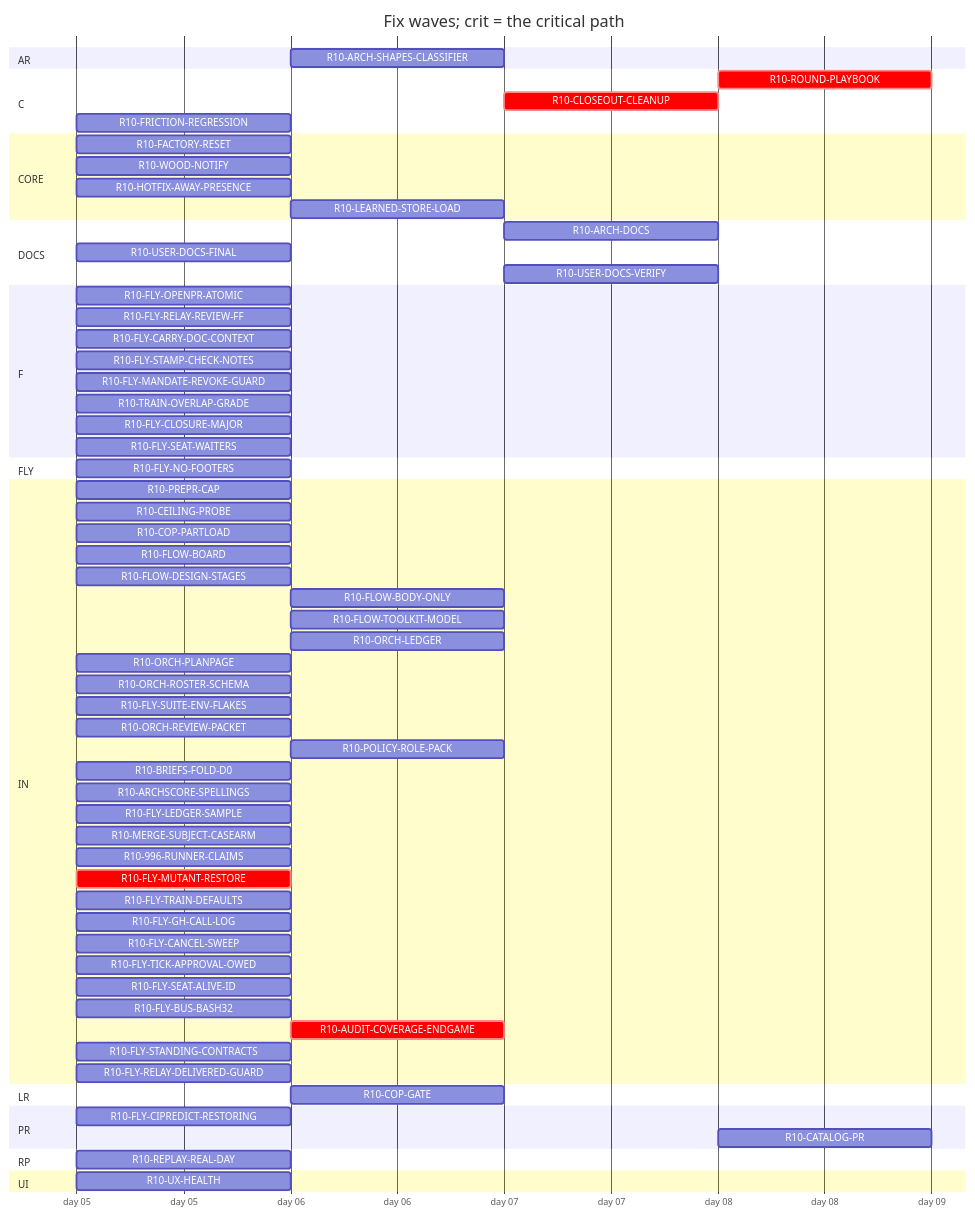
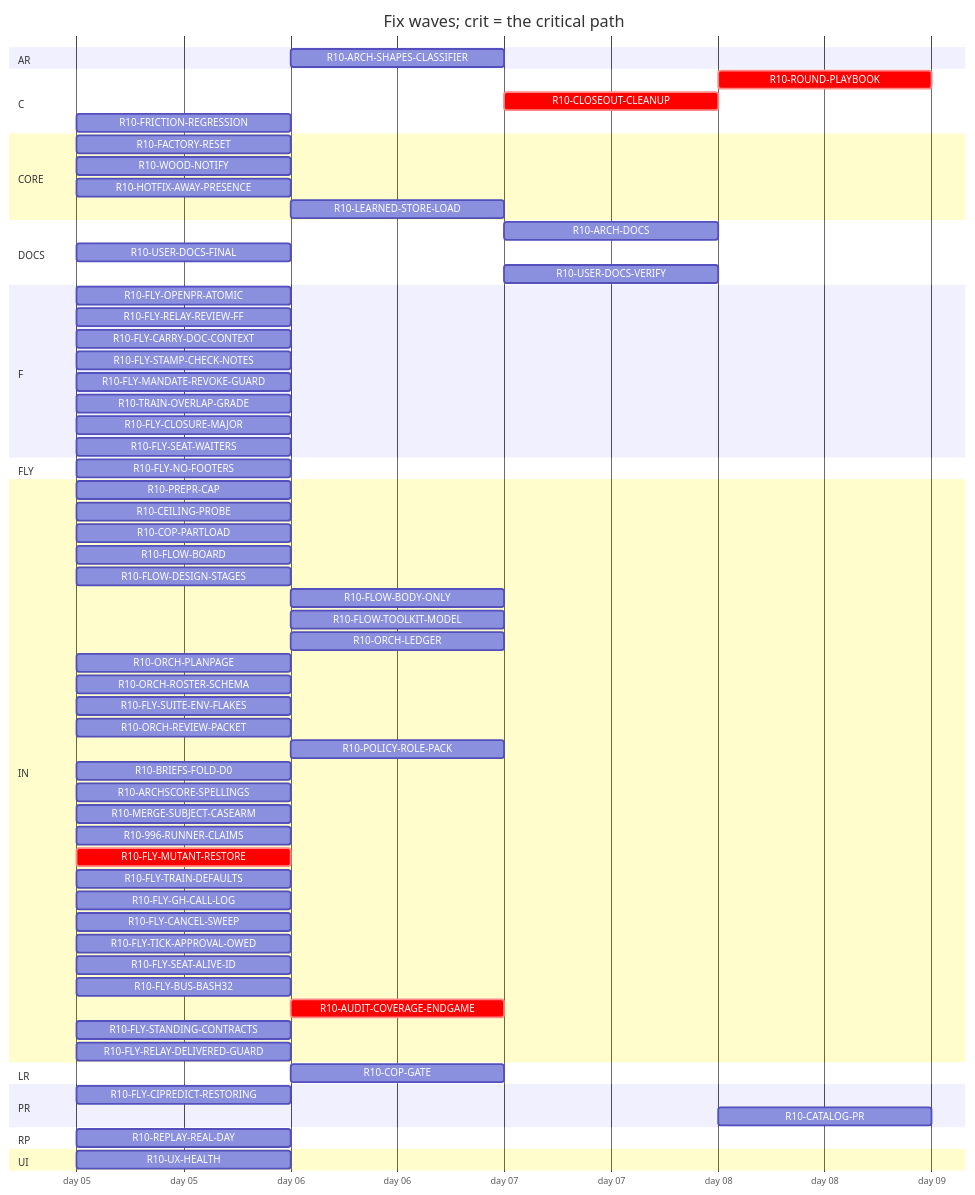
One commit to tvofi/heatpump_optimizer changed the diagram in handoff/round10/state/PLAN-TABLE.md. Above: the diagram before and after it, drawn with Mermaid. The commit also changed other lines of this file and 3 other files, not shown here.

Commit message:
state: FLOW-BOARD.md, NEXT-SESSION-PROMPT.md, PLAN-TABLE.md, RESUME-CURRENT.md regenerated (state_docs.py)

````diff
--- a/handoff/round10/state/PLAN-TABLE.md
+++ b/handoff/round10/state/PLAN-TABLE.md
@@ -24,70 +24,69 @@
 ```mermaid
 gantt
   title Fix waves; crit = the critical path
   dateFormat YYYY-MM-DD
   axisFormat day %d
   section AR
     R10-ARCH-SHAPES-CLASSIFIER :r10ARCHSHAPESCLASSIFIER, after r10996RUNNERCLAIMS, 1d
   section C
     R10-ROUND-PLAYBOOK :crit, r10ROUNDPLAYBOOK, after r10ORCHLEDGER r10ORCHPLANPAGE r10FLYRELAYREVIEWFF r10FLOWBODYONLY r10AUDITCOVERAGEENDGAME r10FLOWDESIGNSTAGES r10ORCHROSTERSCHEMA r10FLOWTOOLKITMODEL r10TRAINOVERLAPGRADE r10FLYTRAINDEFAULTS r10FLYCANCELSWEEP r10POLICYROLEPACK r10ORCHREVIEWPACKET r10FLOWBOARD r10CLOSEOUTCLEANUP, 1d
     R10-CLOSEOUT-CLEANUP :crit, r10CLOSEOUTCLEANUP, after r10AUDITCOVERAGEENDGAME, 1d
     R10-FRICTION-REGRESSION :r10FRICTIONREGRESSION, 2026-01-05, 1d
   section CORE
     R10-FACTORY-RESET :r10FACTORYRESET, 2026-01-05, 1d
     R10-WOOD-NOTIFY :r10WOODNOTIFY, 2026-01-05, 1d
     R10-HOTFIX-AWAY-PRESENCE :r10HOTFIXAWAYPRESENCE, 2026-01-05, 1d
     R10-LEARNED-STORE-LOAD :r10LEARNEDSTORELOAD, after r10FACTORYRESET, 1d
   section DOCS
-    R10-ARCH-DOCS :r10ARCHDOCS, after r10COPGATE r10UXHEALTH r10CEILINGPROBE r10COPPARTLOAD r10FLOWBOARD r10FLOWDESIGNSTAGES r10FLOWBODYONLY r10FLYOPENPRATOMIC r10FLYRELAYREVIEWFF r10FLYCARRYDOCCONTEXT r10FLOWTOOLKITMODEL r10FLYSTAMPCHECKNOTES r10FLYMANDATEREVOKEGUARD r10TRAINOVERLAPGRADE r10FLYSUITEENVFLAKES r10ORCHLEDGER r10ORCHPLANPAGE r10ORCHROSTERSCHEMA r10ORCHREVIEWPACKET r10POLICYROLEPACK r10BRIEFSFOLDD0 r10REPLAYREALDAY r10ARCHSCORESPELLINGS r10FLYLEDGERSAMPLE, 1d
+    R10-ARCH-DOCS :r10ARCHDOCS, after r10COPGATE r10UXHEALTH r10CEILINGPROBE r10COPPARTLOAD r10FLOWBOARD r10FLOWDESIGNSTAGES r10FLOWBODYONLY r10FLYOPENPRATOMIC r10FLYRELAYREVIEWFF r10FLYCARRYDOCCONTEXT r10FLOWTOOLKITMODEL r10FLYSTAMPCHECKNOTES r10FLYMANDATEREVOKEGUARD r10TRAINOVERLAPGRADE r10FLYSUITEENVFLAKES r10ORCHLEDGER r10ORCHPLANPAGE r10ORCHROSTERSCHEMA r10ORCHREVIEWPACKET r10POLICYROLEPACK r10BRIEFSFOLDD0 r10REPLAYREALDAY r10ARCHSCORESPELLINGS, 1d
     R10-USER-DOCS-FINAL :r10USERDOCSFINAL, 2026-01-05, 1d
     R10-USER-DOCS-VERIFY :r10USERDOCSVERIFY, after r10COPGATE r10UXHEALTH r10CEILINGPROBE r10COPPARTLOAD r10FACTORYRESET r10WOODNOTIFY r10USERDOCSFINAL r10ARCHSHAPESCLASSIFIER r10HOTFIXAWAYPRESENCE, 1d
   section F
     R10-FLY-OPENPR-ATOMIC :r10FLYOPENPRATOMIC, 2026-01-05, 1d
     R10-FLY-RELAY-REVIEW-FF :r10FLYRELAYREVIEWFF, 2026-01-05, 1d
     R10-FLY-CARRY-DOC-CONTEXT :r10FLYCARRYDOCCONTEXT, 2026-01-05, 1d
     R10-FLY-STAMP-CHECK-NOTES :r10FLYSTAMPCHECKNOTES, 2026-01-05, 1d
     R10-FLY-MANDATE-REVOKE-GUARD :r10FLYMANDATEREVOKEGUARD, 2026-01-05, 1d
     R10-TRAIN-OVERLAP-GRADE :r10TRAINOVERLAPGRADE, 2026-01-05, 1d
     R10-FLY-CLOSURE-MAJOR :r10FLYCLOSUREMAJOR, 2026-01-05, 1d
     R10-FLY-SEAT-WAITERS :r10FLYSEATWAITERS, 2026-01-05, 1d
   section FLY
     R10-FLY-NO-FOOTERS :r10FLYNOFOOTERS, 2026-01-05, 1d
   section IN
     R10-PREPR-CAP :r10PREPRCAP, 2026-01-05, 1d
     R10-CEILING-PROBE :r10CEILINGPROBE, 2026-01-05, 1d
     R10-COP-PARTLOAD :r10COPPARTLOAD, 2026-01-05, 1d
     R10-FLOW-BOARD :r10FLOWBOARD, 2026-01-05, 1d
     R10-FLOW-DESIGN-STAGES :r10FLOWDESIGNSTAGES, 2026-01-05, 1d
     R10-FLOW-BODY-ONLY :r10FLOWBODYONLY, after r10FLYOPENPRATOMIC, 1d
     R10-FLOW-TOOLKIT-MODEL :r10FLOWTOOLKITMODEL, after r10ORCHPLANPAGE r10FLYCANCELSWEEP, 1d
     R10-ORCH-LEDGER :r10ORCHLEDGER, after r10FLYCANCELSWEEP, 1d
     R10-ORCH-PLANPAGE :r10ORCHPLANPAGE, 2026-01-05, 1d
     R10-ORCH-ROSTER-SCHEMA :r10ORCHROSTERSCHEMA, 2026-01-05, 1d
     R10-FLY-SUITE-ENV-FLAKES :r10FLYSUITEENVFLAKES, 2026-01-05, 1d
     R10-ORCH-REVIEW-PACKET :r10ORCHREVIEWPACKET, 2026-01-05, 1d
     R10-POLICY-ROLE-PACK :r10POLICYROLEPACK, after r10FLOWDESIGNSTAGES, 1d
     R10-BRIEFS-FOLD-D0 :r10BRIEFSFOLDD0, 2026-01-05, 1d
     R10-ARCHSCORE-SPELLINGS :r10ARCHSCORESPELLINGS, 2026-01-05, 1d
-    R10-FLY-LEDGER-SAMPLE :r10FLYLEDGERSAMPLE, 2026-01-05, 1d
     R10-MERGE-SUBJECT-CASEARM :r10MERGESUBJECTCASEARM, 2026-01-05, 1d
     R10-996-RUNNER-CLAIMS :r10996RUNNERCLAIMS, 2026-01-05, 1d
     R10-FLY-MUTANT-RESTORE :crit, r10FLYMUTANTRESTORE, 2026-01-05, 1d
     R10-FLY-TRAIN-DEFAULTS :r10FLYTRAINDEFAULTS, 2026-01-05, 1d
     R10-FLY-GH-CALL-LOG :r10FLYGHCALLLOG, 2026-01-05, 1d
     R10-FLY-CANCEL-SWEEP :r10FLYCANCELSWEEP, 2026-01-05, 1d
     R10-FLY-TICK-APPROVAL-OWED :r10FLYTICKAPPROVALOWED, 2026-01-05, 1d
     R10-FLY-SEAT-ALIVE-ID :r10FLYSEATALIVEID, 2026-01-05, 1d
     R10-FLY-BUS-BASH32 :r10FLYBUSBASH32, 2026-01-05, 1d
     R10-AUDIT-COVERAGE-ENDGAME :crit, r10AUDITCOVERAGEENDGAME, after r10FLYMUTANTRESTORE r10996RUNNERCLAIMS, 1d
     R10-FLY-STANDING-CONTRACTS :r10FLYSTANDINGCONTRACTS, 2026-01-05, 1d
     R10-FLY-RELAY-DELIVERED-GUARD :r10FLYRELAYDELIVEREDGUARD, 2026-01-05, 1d
   section LR
     R10-COP-GATE :r10COPGATE, after r10CEILINGPROBE, 1d
   section PR
     R10-FLY-CIPREDICT-RESTORING :r10FLYCIPREDICTRESTORING, 2026-01-05, 1d
     R10-CATALOG-PR :r10CATALOGPR, after r10USERDOCSVERIFY r10AUDITCOVERAGEENDGAME, 1d
   section RP
     R10-REPLAY-REAL-DAY :r10REPLAYREALDAY, 2026-01-05, 1d
   section UI
     R10-UX-HEALTH :r10UXHEALTH, 2026-01-05, 1d
 ```
````
